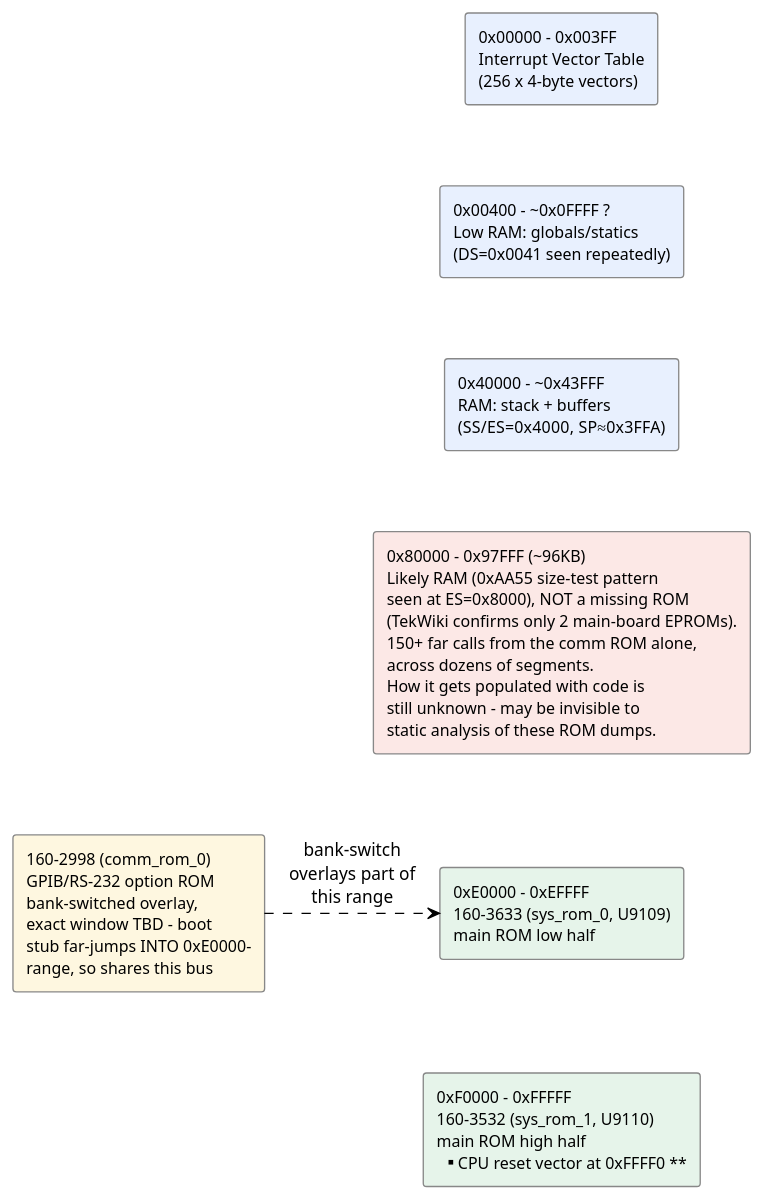
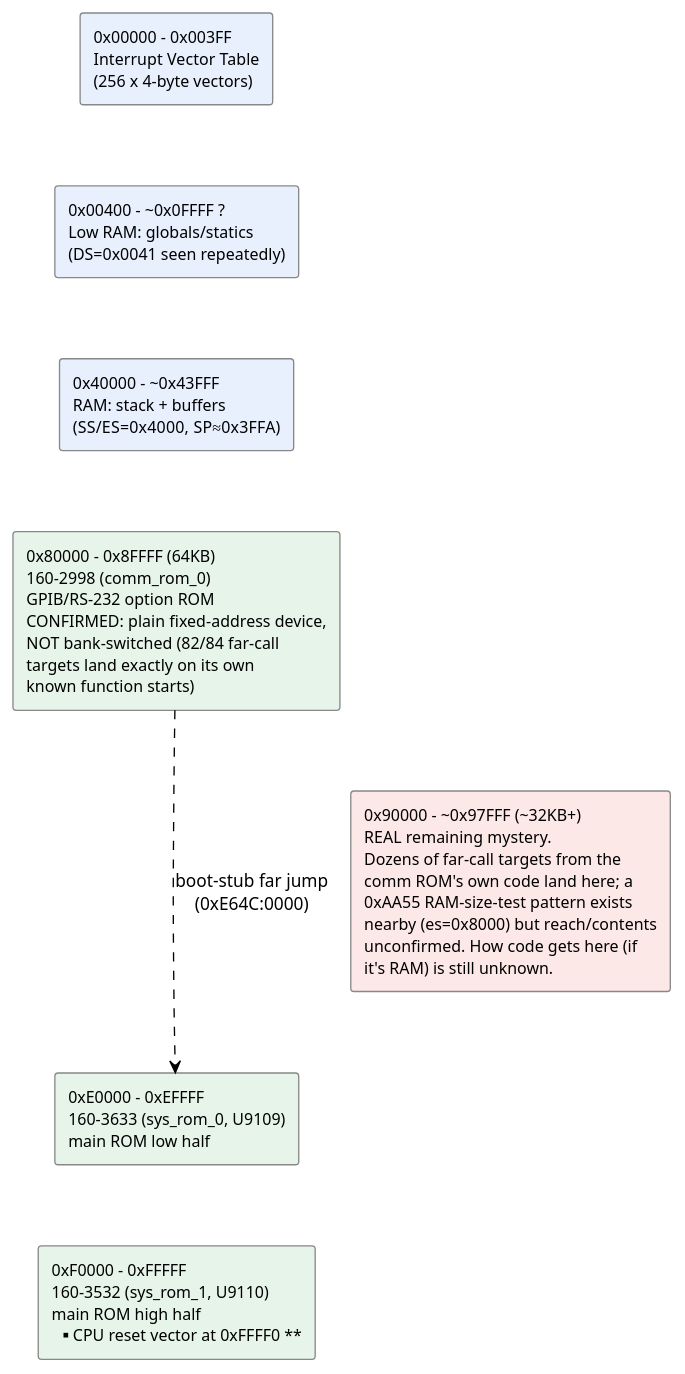
One commit to Mwwhited-BookLearning/tektronix-2230 changed the diagram in MEMORY_MAP.md. Above: the diagram before and after it, drawn with PlantUML. The commit also changed other lines of this file and 17 other files, not shown here.

````diff
--- a/MEMORY_MAP.md
+++ b/MEMORY_MAP.md
@@ -10,24 +8,25 @@
 ```plantuml
 @startuml
 !theme plain
 skinparam backgroundColor transparent
 skinparam rectangle {
   BorderColor #888
   FontSize 12
 }
 rectangle "0x00000 - 0x003FF\nInterrupt Vector Table\n(256 x 4-byte vectors)" as IVT #E8F0FE
 rectangle "0x00400 - ~0x0FFFF ?\nLow RAM: globals/statics\n(DS=0x0041 seen repeatedly)" as LORAM #E8F0FE
 rectangle "0x40000 - ~0x43FFF\nRAM: stack + buffers\n(SS/ES=0x4000, SP≈0x3FFA)" as STACKRAM #E8F0FE
-rectangle "0x80000 - 0x97FFF (~96KB)\nLikely RAM (0xAA55 size-test pattern\nseen at ES=0x8000), NOT a missing ROM\n(TekWiki confirms only 2 main-board EPROMs).\n150+ far calls from the comm ROM alone,\nacross dozens of segments.\nHow it gets populated with code is\nstill unknown - may be invisible to\nstatic analysis of these ROM dumps." as MYSTERY #FCE8E6
+rectangle "0x80000 - 0x8FFFF (64KB)\n160-2998 (comm_rom_0)\nGPIB/RS-232 option ROM\nCONFIRMED: plain fixed-address device,\nNOT bank-switched (82/84 far-call\ntargets land exactly on its own\nknown function starts)" as COMMROM #E6F4EA
+rectangle "0x90000 - ~0x97FFF (~32KB+)\nREAL remaining mystery.\nDozens of far-call targets from the\ncomm ROM's own code land here; a\n0xAA55 RAM-size-test pattern exists\nnearby (es=0x8000) but reach/contents\nunconfirmed. How code gets here (if\nit's RAM) is still unknown." as MYSTERY #FCE8E6
 rectangle "0xE0000 - 0xEFFFF\n160-3633 (sys_rom_0, U9109)\nmain ROM low half" as ROM_LOW #E6F4EA
 rectangle "0xF0000 - 0xFFFFF\n160-3532 (sys_rom_1, U9110)\nmain ROM high half\n** CPU reset vector at 0xFFFF0 **" as ROM_HIGH #E6F4EA
-rectangle "160-2998 (comm_rom_0)\nGPIB/RS-232 option ROM\nbank-switched overlay,\nexact window TBD - boot\nstub far-jumps INTO 0xE0000-\nrange, so shares this bus" as COMMROM #FEF7E0
 
 IVT -[hidden]down- LORAM
 LORAM -[hidden]down- STACKRAM
-STACKRAM -[hidden]down- MYSTERY
+STACKRAM -[hidden]down- COMMROM
+COMMROM -[hidden]down- MYSTERY
 MYSTERY -[hidden]down- ROM_LOW
 ROM_LOW -[hidden]down- ROM_HIGH
-COMMROM .right.> ROM_LOW : bank-switch\noverlays part of\nthis range
+COMMROM .right.> ROM_LOW : boot-stub far jump\n(0xE64C:0000)
 @enduml
 ```
````
